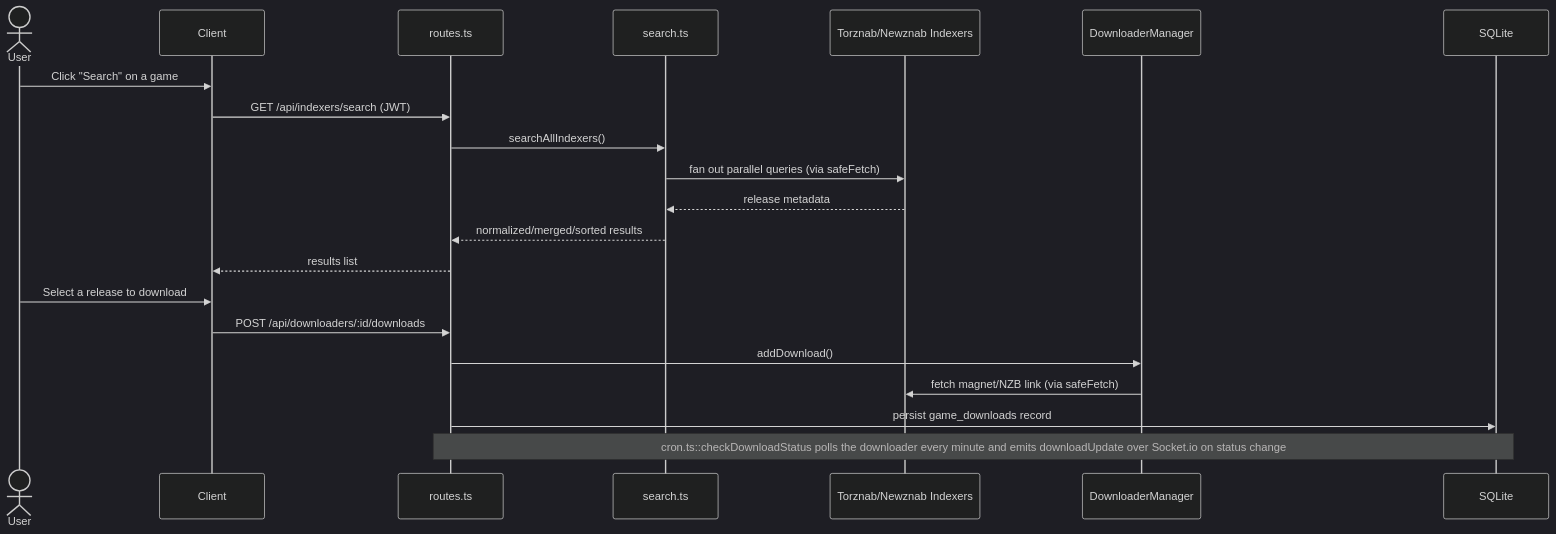
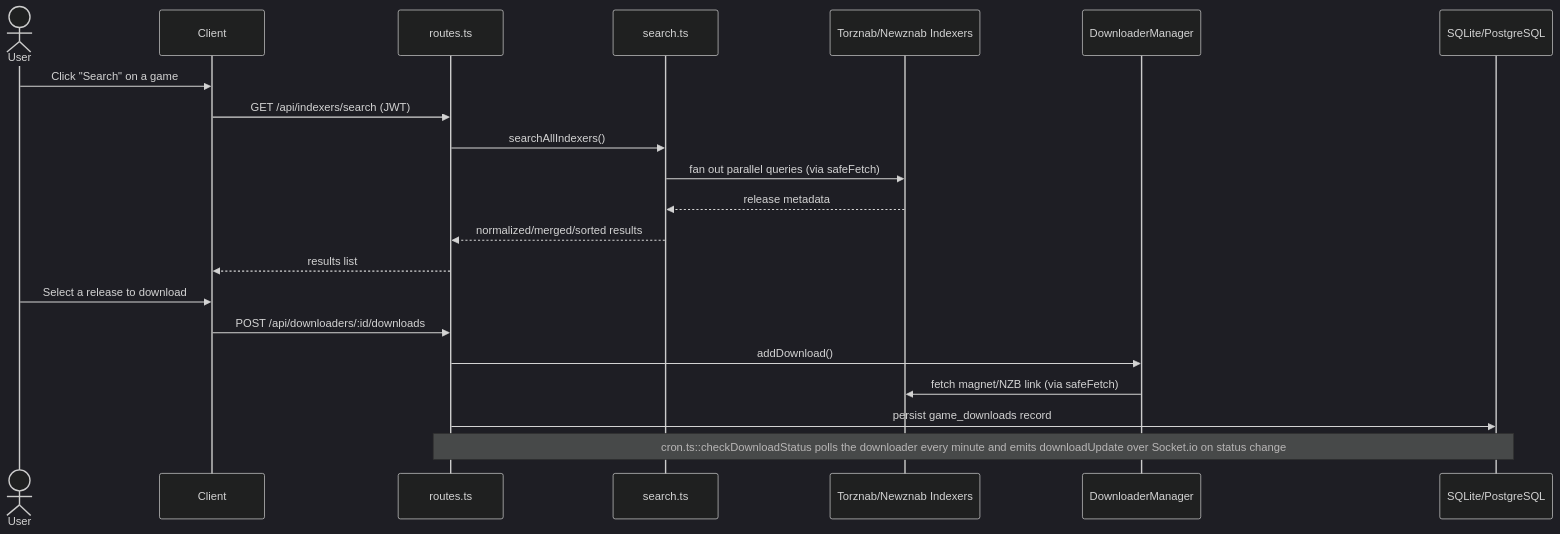
The second of 3 diagrams in docs/ARCHITECTURE.md (snapetech/QuestarrNG), drawn with Mermaid (dark theme) before and after one commit. The commit also changed other lines of this file and 14 other files, not shown here.

````diff
--- a/docs/ARCHITECTURE.md
+++ b/docs/ARCHITECTURE.md
@@ -135,24 +165,24 @@
 ```mermaid
 sequenceDiagram
     actor U as User
     participant C as Client
     participant R as routes.ts
     participant S as search.ts
     participant I as Torznab/Newznab Indexers
     participant D as DownloaderManager
-    participant DB as SQLite
+    participant DB as SQLite/PostgreSQL
 
     U->>C: Click "Search" on a game
     C->>R: GET /api/indexers/search (JWT)
     R->>S: searchAllIndexers()
     S->>I: fan out parallel queries (via safeFetch)
     I-->>S: release metadata
     S-->>R: normalized/merged/sorted results
     R-->>C: results list
     U->>C: Select a release to download
     C->>R: POST /api/downloaders/:id/downloads
     R->>D: addDownload()
     D->>I: fetch magnet/NZB link (via safeFetch)
     R->>DB: persist game_downloads record
     Note over R,DB: cron.ts::checkDownloadStatus polls the downloader every minute and emits downloadUpdate over Socket.io on status change
 ```
````
